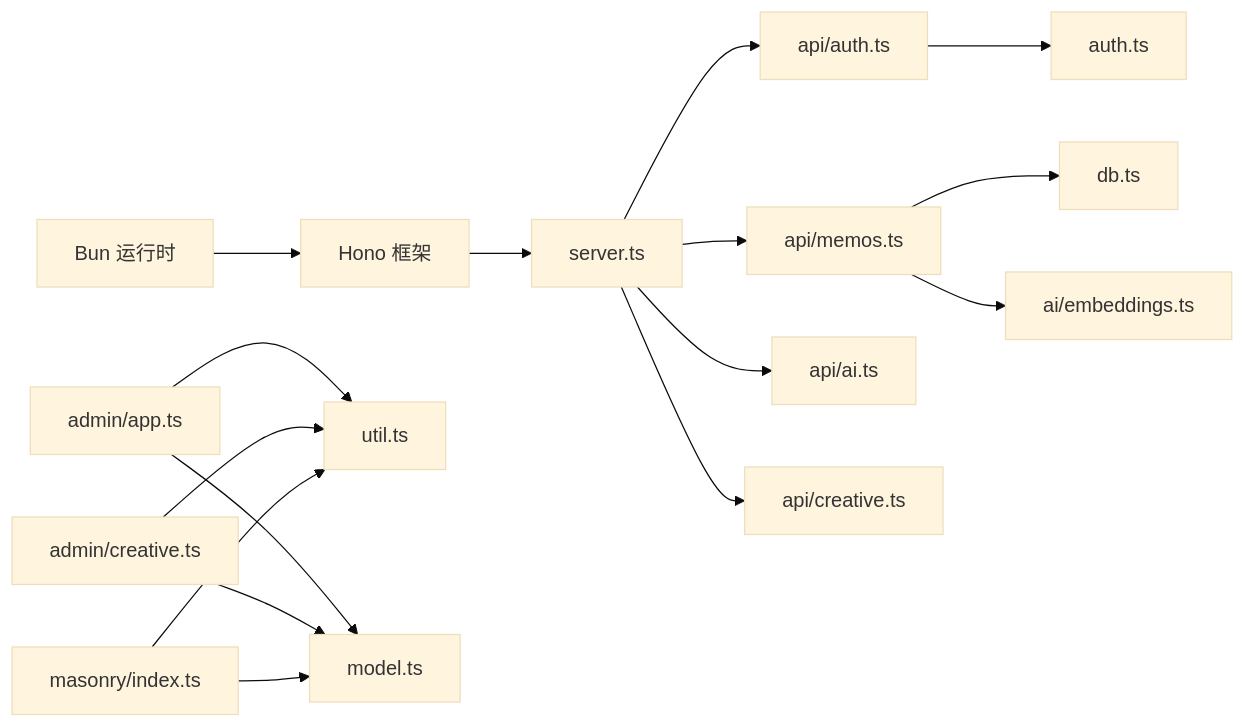
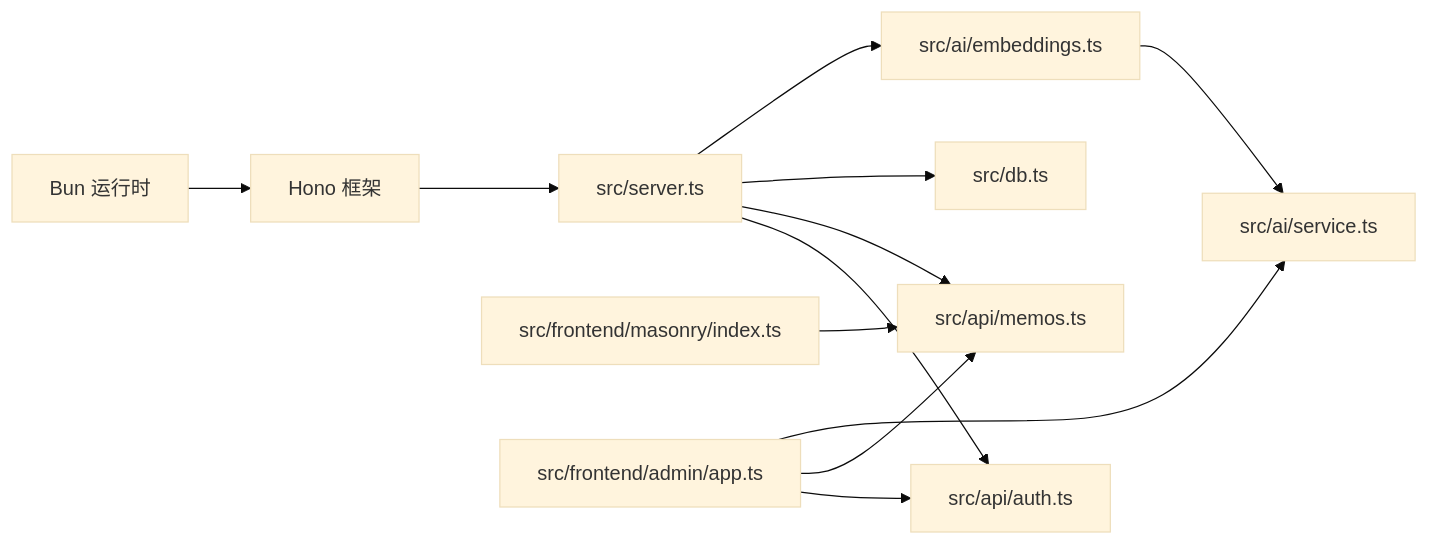
Before and after one commit to BlackBoxRecorder/memos: the eighth of 9 diagrams in .qoder/repowiki/zh/content/架构设计/架构设计.md, drawn with Mermaid (base theme). The commit also changed other lines of this file and 83 other files, not shown here.

````diff
--- a/.qoder/repowiki/zh/content/架构设计/架构设计.md
+++ b/.qoder/repowiki/zh/content/架构设计/架构设计.md
@@ -346,18 +365,14 @@
 ```mermaid
 graph LR
 Bun["Bun 运行时"] --> Hono["Hono 框架"]
-Hono --> Server["server.ts"]
-Server --> APIAuth["api/auth.ts"]
-Server --> APIMemos["api/memos.ts"]
-Server --> APIAI["api/ai.ts"]
-Server --> APICreative["api/creative.ts"]
-APIMemos --> DB["db.ts"]
-APIAuth --> Auth["auth.ts"]
-APIMemos --> Embed["ai/embeddings.ts"]
-Admin["admin/app.ts"] --> Util["util.ts"]
-Admin --> Model["model.ts"]
-Creative["admin/creative.ts"] --> Util
-Creative --> Model
-Masonry["masonry/index.ts"] --> Util
-Masonry --> Model
+Hono --> Server["src/server.ts"]
+Server --> APIAuth["src/api/auth.ts"]
+Server --> APIMemos["src/api/memos.ts"]
+Server --> DB["src/db.ts"]
+Server --> Embeddings["src/ai/embeddings.ts"]
+Embeddings --> AIService["src/ai/service.ts"]
+FrontM["src/frontend/masonry/index.ts"] --> APIMemos
+FrontA["src/frontend/admin/app.ts"] --> APIAuth
+FrontA --> APIMemos
+FrontA --> AIService
 ```
````
